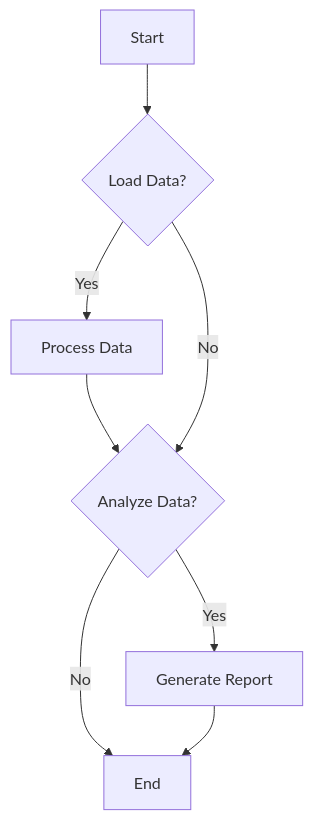
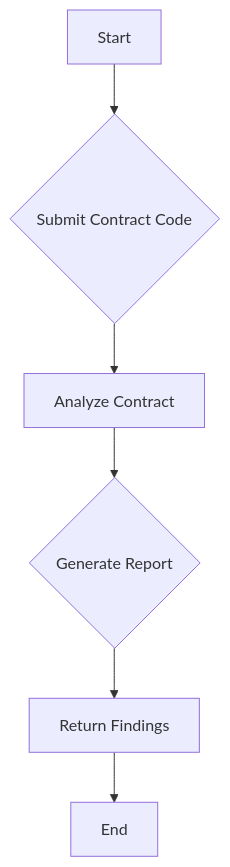
One commit to galafis/Blockchain-Security-Analyzer changed the first of 2 diagrams in README.md. Above: the diagram before and after it, drawn with Mermaid. The commit also changed other lines of this file and 16 other files, not shown here.

````diff
--- a/README.md
+++ b/README.md
@@ -96,10 +104,8 @@
 ```mermaid
 graph TD
-    A[Start] --> B{Load Data?}
-    B -- Yes --> C[Process Data]
-    C --> D{Analyze Data?}
-    B -- No --> D
-    D -- Yes --> E[Generate Report]
-    D -- No --> F[End]
-    E --> F
+    A[Start] --> B{Submit Contract Code}
+    B --> C[Analyze Contract]
+    C --> D{Generate Report}
+    D --> E[Return Findings]
+    E --> F[End]
 ```
````
